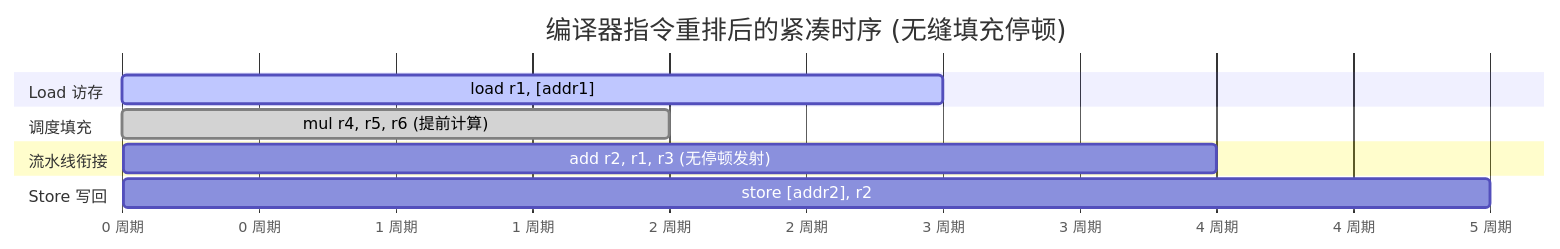
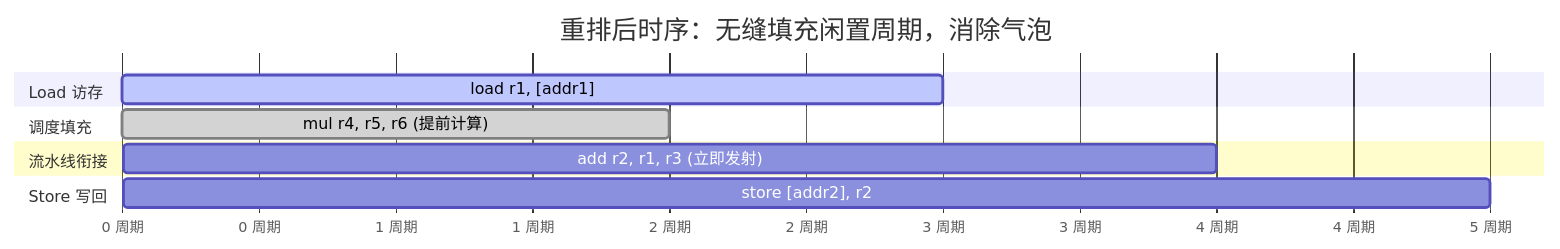
Before and after one commit to hqu-little-boy/blog: the second of 16 diagrams in src/content/posts/compiler-instruction-scheduling-and-numerical-semantics-contract-guide.md, drawn with Mermaid. The commit also changed other lines of this file, not shown here.

Commit message:
feat: expand compiler scheduling guide to cover 6 heterogeneous accelerator architectures (GPU/VLIW/DSP/Systolic/CGRA/RVV)

````diff
--- a/src/content/posts/compiler-instruction-scheduling-and-numerical-semantics-contract-guide.md
+++ b/src/content/posts/compiler-instruction-scheduling-and-numerical-semantics-contract-guide.md
@@ -149,14 +164,14 @@
 ```mermaid
 gantt
-    title 编译器指令重排后的紧凑时序 (无缝填充停顿)
+    title 重排后时序：无缝填充闲置周期，消除气泡
     dateFormat X
     axisFormat %s 周期
     section Load 访存
     load r1, [addr1] :active, 0, 3
     section 调度填充
     mul r4, r5, r6 (提前计算) :done, 1, 2
     section 流水线衔接
-    add r2, r1, r3 (无停顿发射) : 3, 4
+    add r2, r1, r3 (立即发射) : 3, 4
     section Store 写回
     store [addr2], r2 : 4, 5
 ```
````
